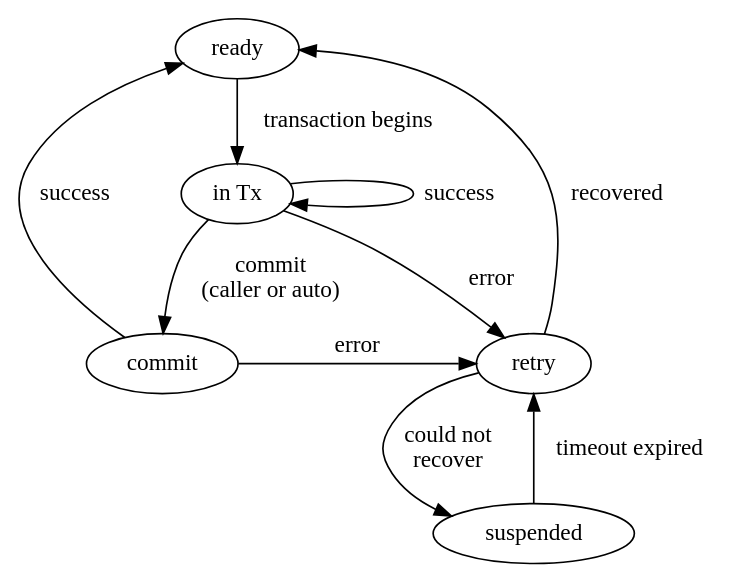
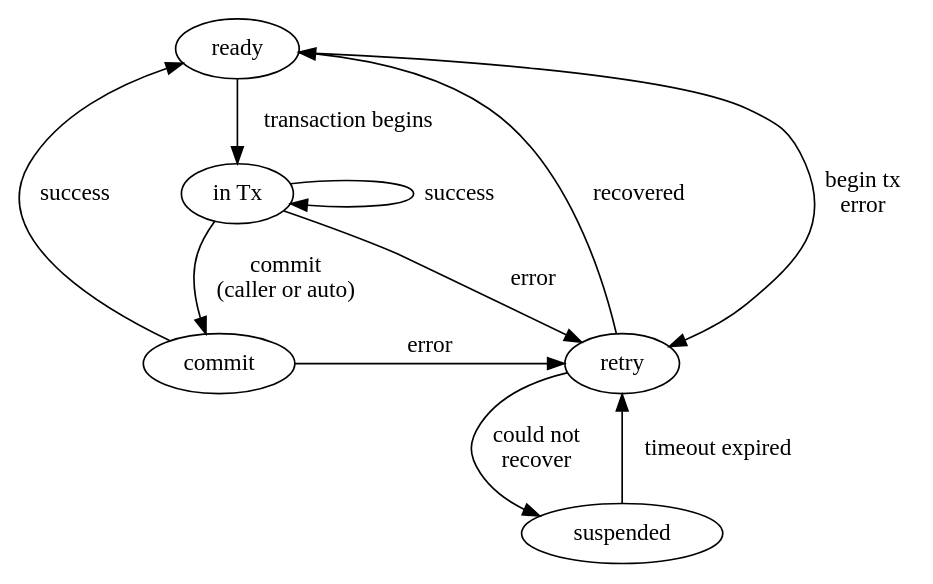
Before and after one commit to rsyslog/rsyslog: the diagram in doc/action_state.dot, drawn with Graphviz. The commit also changed 1 other file, not shown here.

Commit message:
bugfix: error during beginTransaction() was not properly handled
Suspension during beginTransaction() did not properly cause the action
to be suspended, thus we entered an endless loop.

```diff
--- a/doc/action_state.dot
+++ b/doc/action_state.dot
@@ -1,33 +1,34 @@
 // This file is part of rsyslog.
 // 
 // rsyslog message state diagram
 //
 // see http://www.graphviz.org for how to obtain the graphviz processor
 // which is used to build the actual graph.
 //
 // generate the graph with
 // $ dot file.dot -Tpng >file.png
 
 digraph msgState {
 	compound=true; nodesep=1.0
 	//label="\n\nrsyslog action transaction states\nhttp://www.rsyslog.com";
 	//fontsize=20;
 
 	rdy	[label="ready" group="main"];
 	itx	[label="in Tx" group="main"];
 	comm	[label="commit"]
 	rtry	[label="retry"]
 	susp	[label="suspended"]
 
 	rdy  -> itx	[label="transaction begins"]
+	rdy  -> rtry	[label="begin tx\nerror"]
 	itx  -> itx	[label="success"]
 	itx  -> comm	[label="commit\n(caller or auto)"]
 	itx  -> rtry	[label="error"]
 	comm -> rdy	[label="success"]
 	comm -> rtry	[label="error"]
 	rtry -> rdy	[label="recovered"]
 	rtry -> susp	[label="could not\nrecover"]
 	susp -> rtry	[label="timeout expired"]
 
 	{rank=same; comm rtry}
 }
```
